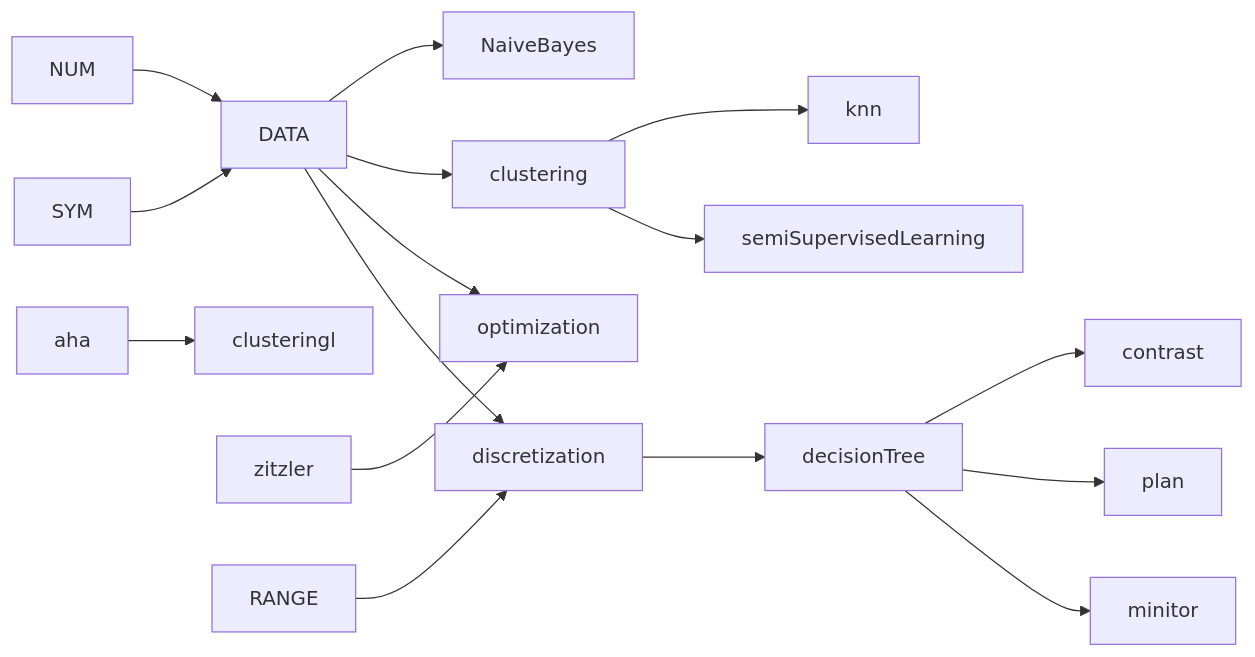
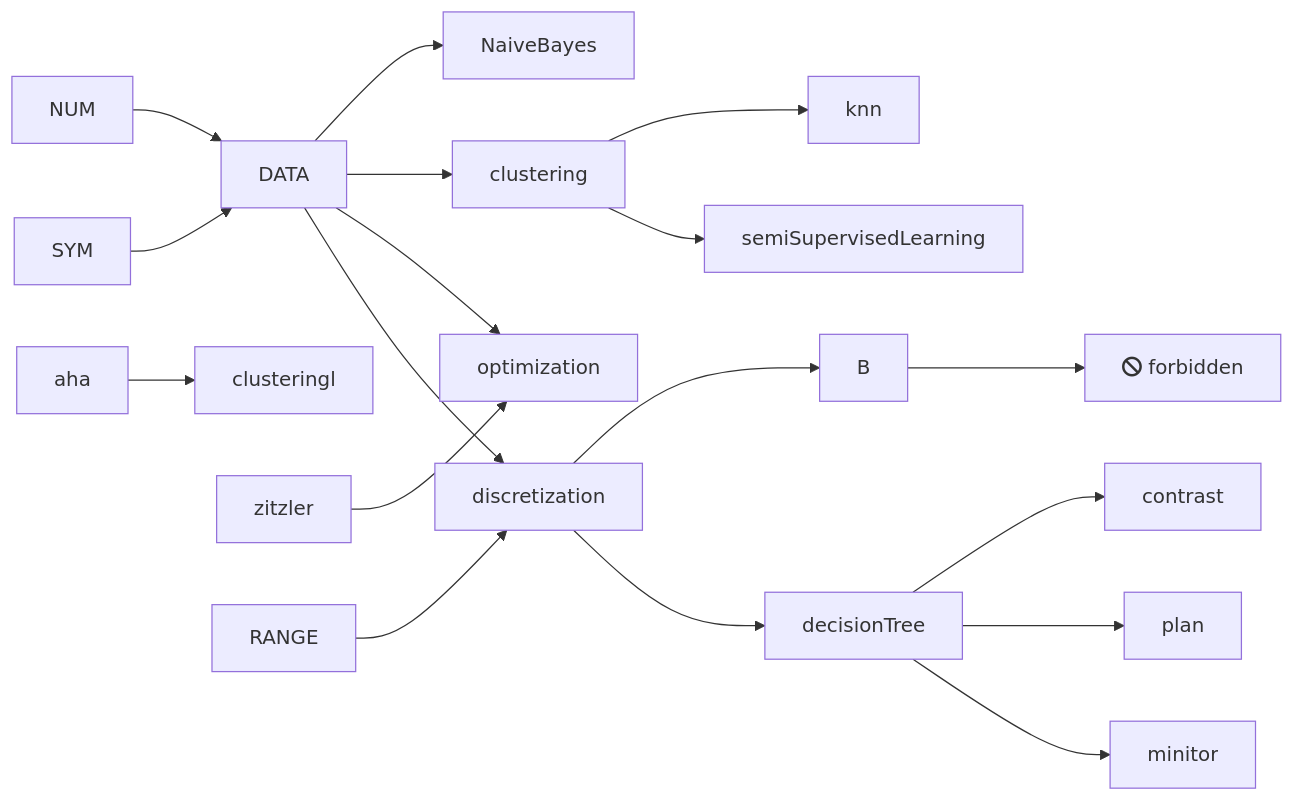
Before and after one commit to timm/tested: the diagram in README.md, drawn with Mermaid.

````diff
--- a/README.md
+++ b/README.md
@@ -17,16 +17,16 @@
 ```mermaid
 graph LR;
     NUM-->DATA-->NaiveBayes;
     SYM-->DATA;
     DATA-->clustering;
     aha-->clusteringl
     clustering-->knn;
     clustering-->semiSupervisedLearning;
     zitzler-->optimization;
     DATA-->optimization;
-    DATA-->discretization;
+    DATA-->discretization --> B-->C[fa:fa-ban forbidden];
     RANGE-->discretization -->decisionTree
     decisionTree-->contrast;
     decisionTree-->plan;
     decisionTree-->minitor;
 ```
````
